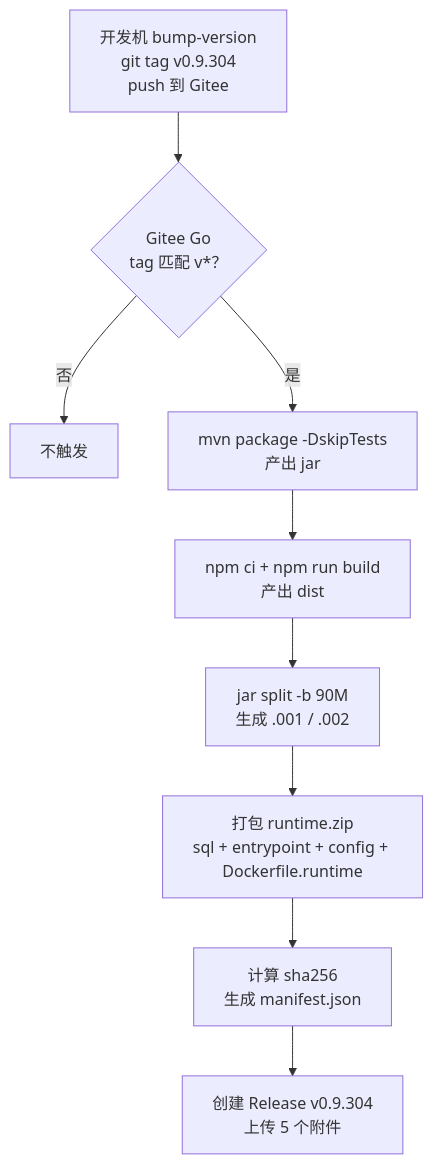
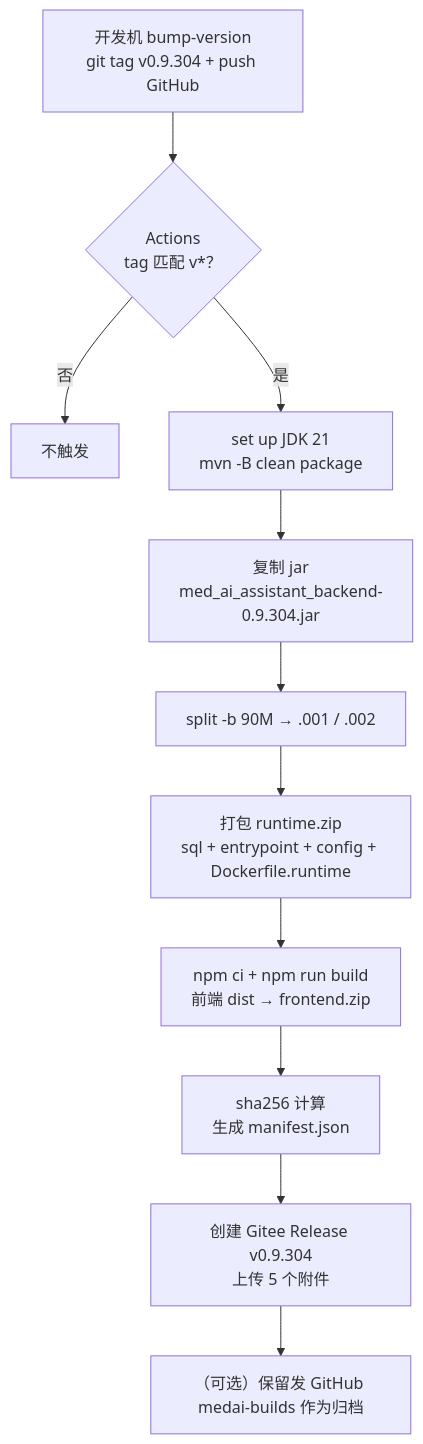
Before and after one commit to liuzh2008/med_ai_assistant_workspace: the third of 5 diagrams in doc/部署流程/自动部署链路改造设计-20261104.md, drawn with Mermaid. The commit also changed other lines of this file, not shown here.

Commit message:
docs(部署): 自动部署链路设计修订为定稿 v3（构建侧改为 GitHub Actions，补 5 项验证结论）

````diff
--- a/doc/部署流程/自动部署链路改造设计-20261104.md
+++ b/doc/部署流程/自动部署链路改造设计-20261104.md
@@ -112,11 +145,13 @@
 ```mermaid
 flowchart TD
-    A["开发机 bump-version<br/>git tag v0.9.304<br/>push 到 Gitee"] --> B{"Gitee Go<br/>tag 匹配 v*？"}
+    A["开发机 bump-version<br/>git tag v0.9.304 + push GitHub"] --> B{"Actions<br/>tag 匹配 v*？"}
     B -->|否| Z["不触发"]
-    B -->|是| C["mvn package -DskipTests<br/>产出 jar"]
-    C --> D["npm ci + npm run build<br/>产出 dist"]
-    D --> E["jar split -b 90M<br/>生成 .001 / .002"]
+    B -->|是| C["set up JDK 21<br/>mvn -B clean package"]
+    C --> D["复制 jar<br/>med_ai_assistant_backend-0.9.304.jar"]
+    D --> E["split -b 90M → .001 / .002"]
     E --> F["打包 runtime.zip<br/>sql + entrypoint + config + Dockerfile.runtime"]
-    F --> G["计算 sha256<br/>生成 manifest.json"]
-    G --> H["创建 Release v0.9.304<br/>上传 5 个附件"]
+    F --> G["npm ci + npm run build<br/>前端 dist → frontend.zip"]
+    G --> H["sha256 计算<br/>生成 manifest.json"]
+    H --> I["创建 Gitee Release v0.9.304<br/>上传 5 个附件"]
+    I --> J["（可选）保留发 GitHub medai-builds 作为归档"]
 ```
````
